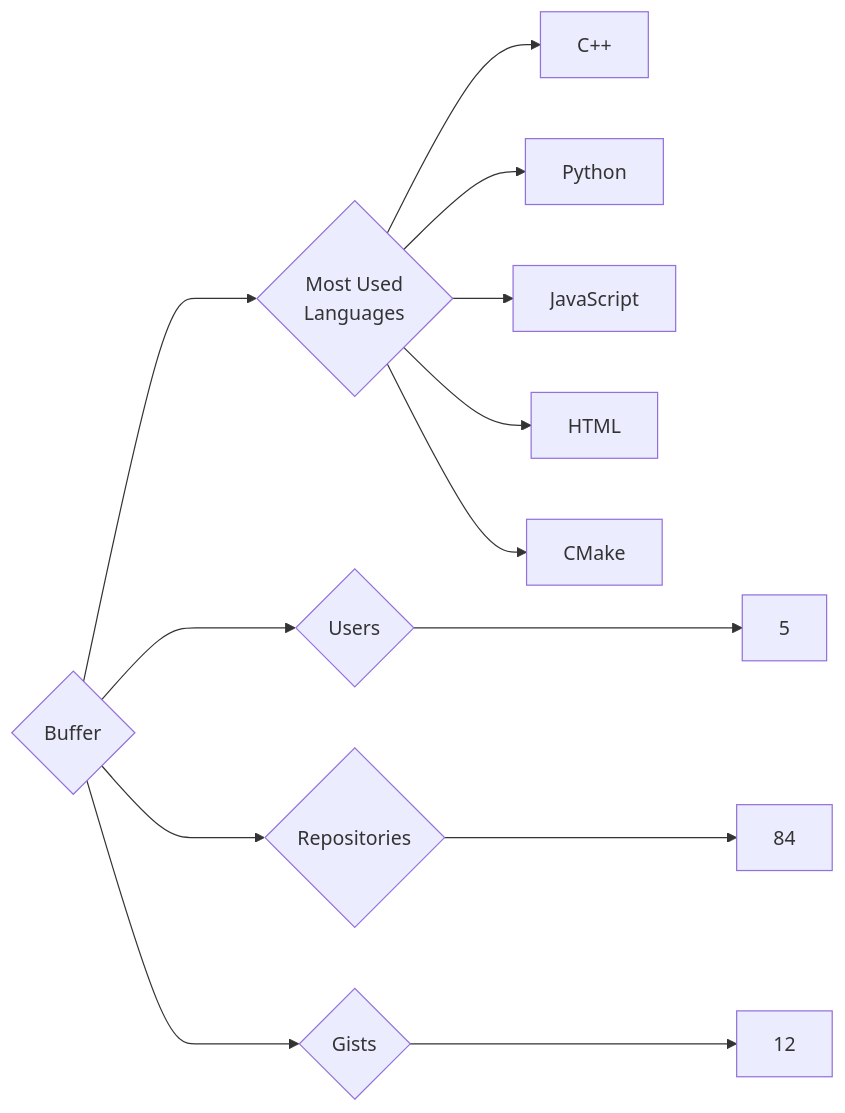
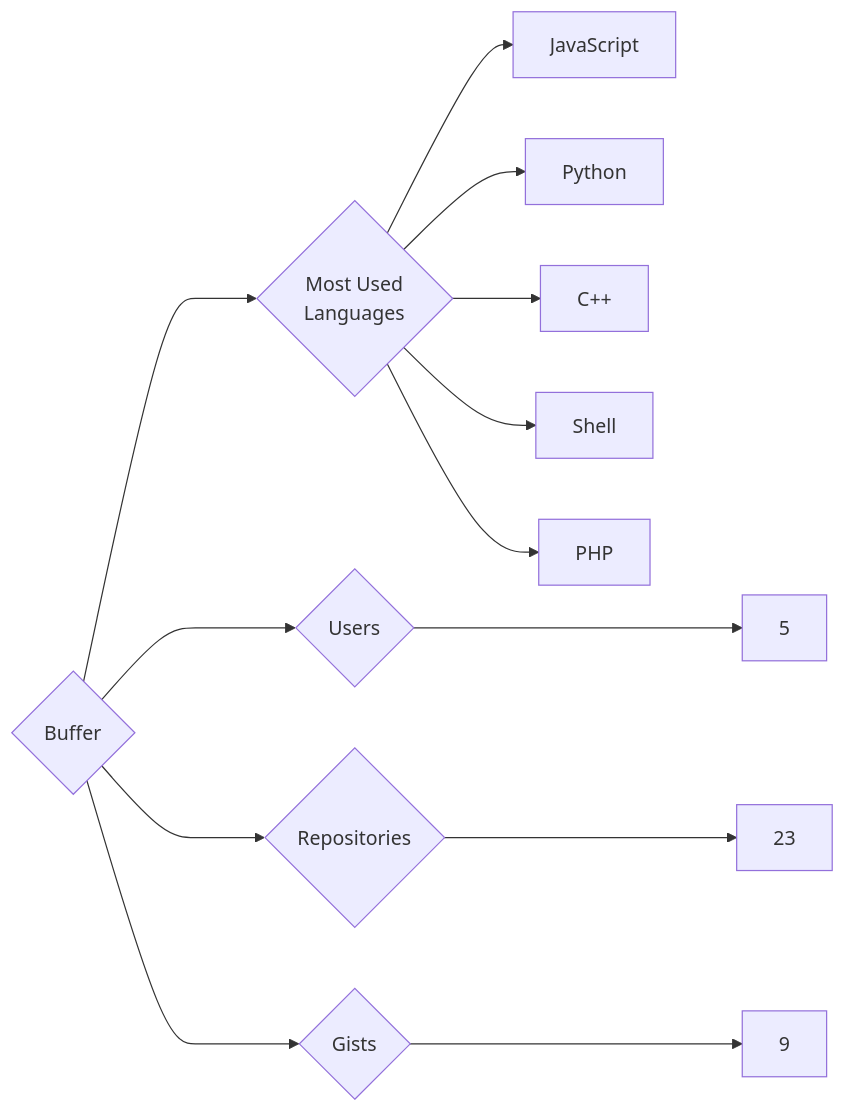
The diagram in targets/Buffer/README.md (trickest/insiders), drawn with Mermaid before and after one commit. The commit also changed 882 other files, not shown here.

````diff
--- a/targets/Buffer/README.md
+++ b/targets/Buffer/README.md
@@ -3,13 +3,13 @@
 ```mermaid
 graph LR
 COMPANY_NAME{Buffer}
 COMPANY_NAME ---> U{Users} ---> UN[5]
-COMPANY_NAME ---> R{Repositories} ---> RN[84]
-COMPANY_NAME ---> G{Gists} ---> GN[12]
+COMPANY_NAME ---> R{Repositories} ---> RN[23]
+COMPANY_NAME ---> G{Gists} ---> GN[9]
 COMPANY_NAME ---> ML{Most Used<br>Languages}
+ML --> JavaScript[JavaScript]
+ML --> Python[Python]
 ML --> C++[C++]
-ML --> Python[Python]
-ML --> JavaScript[JavaScript]
-ML --> HTML[HTML]
-ML --> CMake[CMake]
+ML --> Shell[Shell]
+ML --> PHP[PHP]
 ```
````
